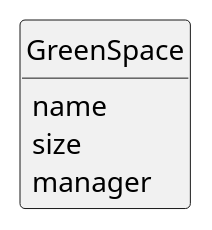
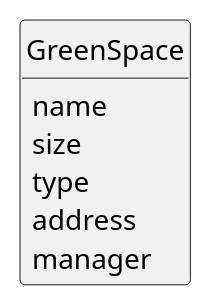
One commit to ricardomm7/leaflink changed the diagram in docs/sprintC/us027/02.analysis/puml/us027-domain-model.puml. Above: the diagram before and after it, drawn with PlantUML. The commit also changed 21 other files, not shown here.

```diff
--- a/docs/sprintC/us027/02.analysis/puml/us027-domain-model.puml
+++ b/docs/sprintC/us027/02.analysis/puml/us027-domain-model.puml
@@ -1,21 +1,23 @@
 @startuml
 skinparam monochrome true
 skinparam packageStyle rectangle
 skinparam shadowing false
 
 'left to right direction
 
 skinparam classAttributeIconSize 0
 
 hide circle
 hide methods
 
 
 class GreenSpace {
 name
 size
+type
+address
 manager
 }
 
 
 @enduml
```
